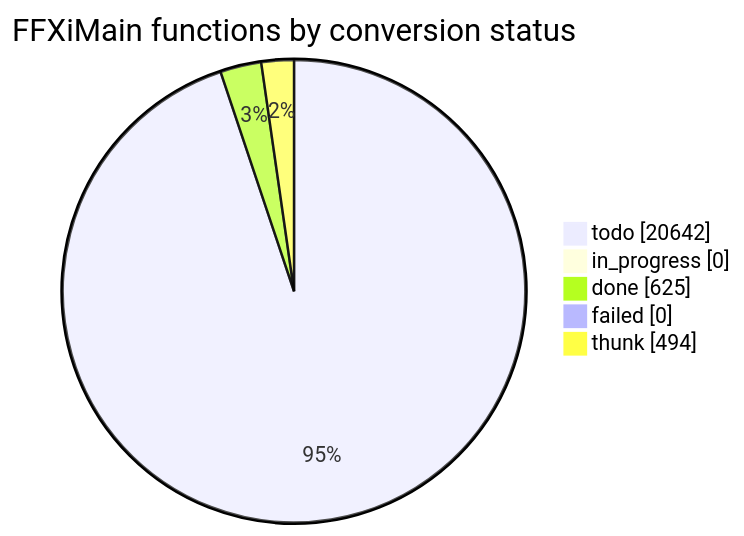
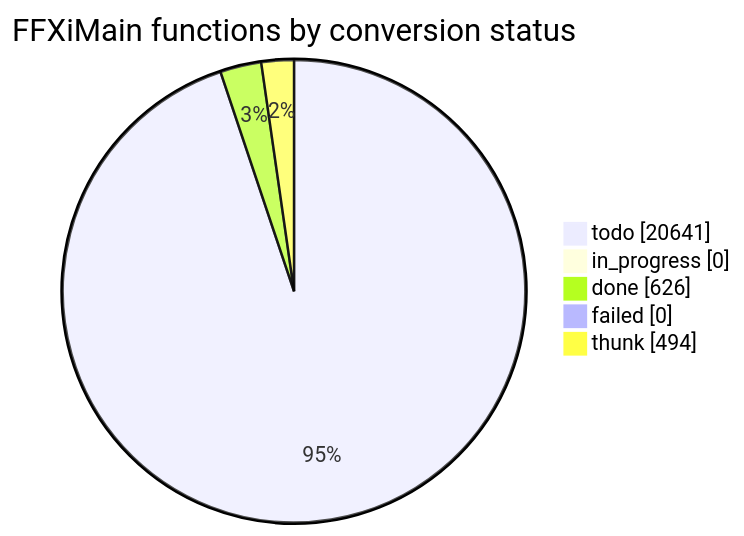
One commit to cowrevenge/cow_kuluu_xi_anything changed the diagram in docs/cow/STATUS.md. Above: the diagram before and after it, drawn with Mermaid. The commit also changed other lines of this file and 9 other files, not shown here.

````diff
--- a/docs/cow/STATUS.md
+++ b/docs/cow/STATUS.md
@@ -18,9 +18,9 @@
 ```mermaid
 pie showData
     title FFXiMain functions by conversion status
-    "todo" : 20642
+    "todo" : 20641
     "in_progress" : 0
-    "done" : 625
+    "done" : 626
     "failed" : 0
     "thunk" : 494
 ```
````
